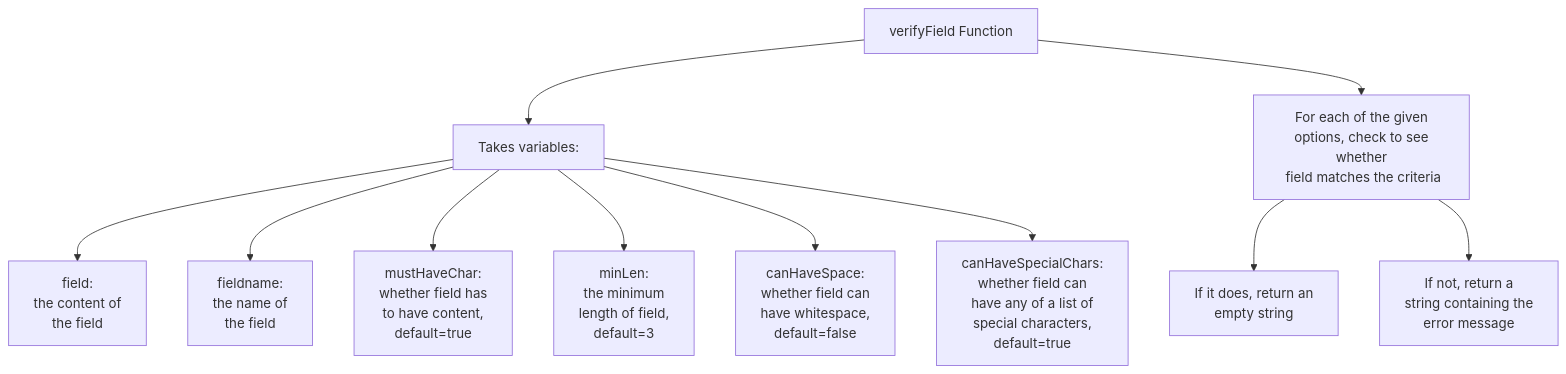
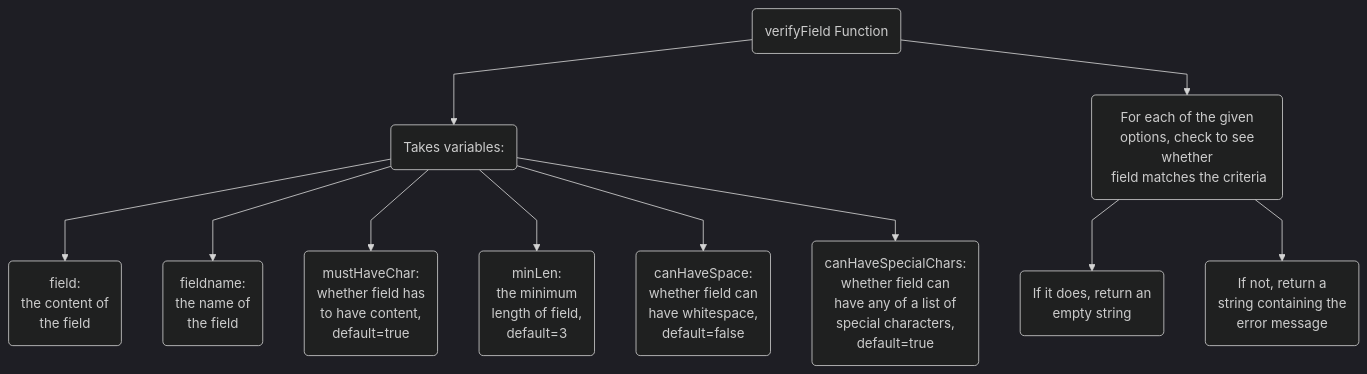
Before and after one commit to tomgxz/Kraken: diagram 13 of 14 in README.md, drawn with Mermaid. The commit also changed other lines of this file, not shown here.

Commit message:
Mermaid Formatting

````diff
--- a/README.md
+++ b/README.md
@@ -574,13 +541,7 @@
 ```mermaid
+%%{init: {'theme':'dark', 'flowchart': {'curve': 'linear'},'themeVariables':{'fontFamily':'Lexend,Noto Sans,Helvetica,Arial'}}}%%
+
 graph TD
-  A[verifyField Function] --> B["Takes variables:"]
-  B --> a["field:\n the content of\n the field"]
-  B --> b["fieldname:\n the name of\n the field"]
-  B --> c["mustHaveChar:\n whether field has\n to have content,\n default=true"]
-  B --> d["minLen:\n the minimum\n length of field,\n default=3"]
-  B --> e["canHaveSpace:\n whether field can\n have whitespace,\n default=false"]
-  B --> f["canHaveSpecialChars:\n whether field can\n have any of a list of\n special characters,\n default=true"]
-  A --> C["For each of the given\n options, check to see whether\n field matches the criteria"]
-  C --> D["If it does, return an\n empty string"]
-  C --> E["If not, return a\n string containing the\n error message"]
+  A(verifyField Function) --> B("Takes variables:") --> a("field:\n the content of\n the field") & b("fieldname:\n the name of\n the field") & c("mustHaveChar:\n whether field has\n to have content,\n default=true") & d("minLen:\n the minimum\n length of field,\n default=3") & e("canHaveSpace:\n whether field can\n have whitespace,\n default=false") & f("canHaveSpecialChars:\n whether field can\n have any of a list of\n special characters,\n default=true")
+  A --> C("For each of the given\n options, check to see whether\n field matches the criteria") --> D("If it does, return an\n empty string") & E("If not, return a\n string containing the\n error message")
 ```
````
